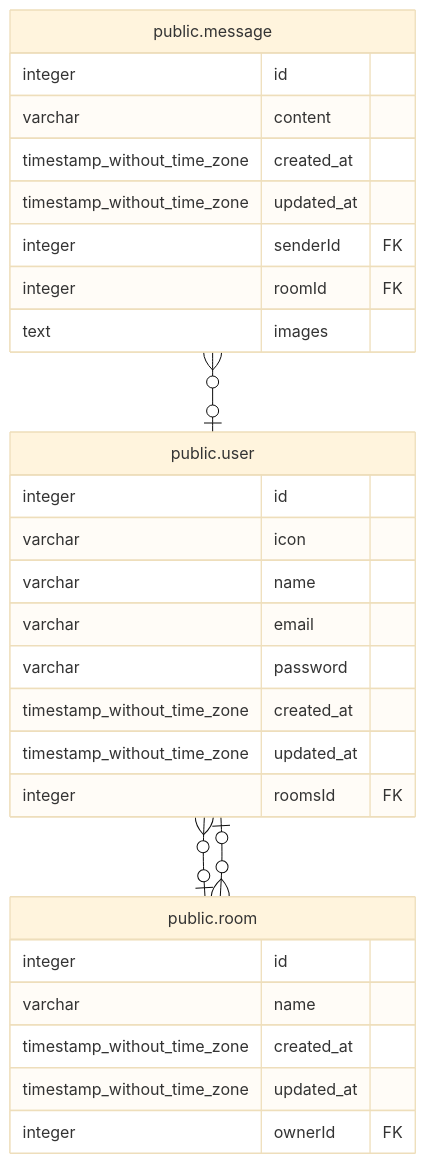
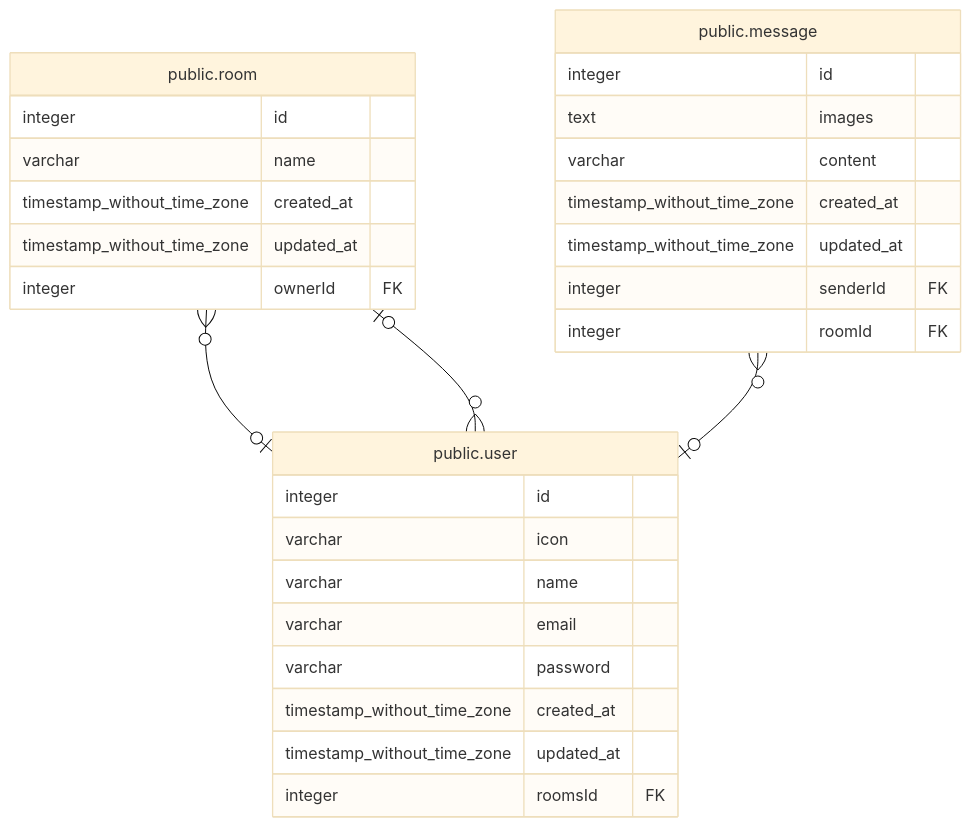
The diagram in docs/dbschema/public.user.md (yumekiti-archive/chat), drawn with Mermaid (base theme) before and after one commit. The commit also changed other lines of this file and 6 other files, not shown here.

````diff
--- a/docs/dbschema/public.user.md
+++ b/docs/dbschema/public.user.md
@@ -35,34 +35,34 @@
 ```mermaid
 erDiagram
 
+"public.room" }o--o| "public.user" : ""
 "public.message" }o--o| "public.user" : ""
-"public.room" }o--o| "public.user" : ""
 "public.user" }o--o| "public.room" : ""
 
 "public.user" {
   integer id
   varchar icon
   varchar name
   varchar email
   varchar password
   timestamp_without_time_zone created_at
   timestamp_without_time_zone updated_at
   integer roomsId FK
 }
-"public.message" {
-  integer id
-  varchar content
-  timestamp_without_time_zone created_at
-  timestamp_without_time_zone updated_at
-  integer senderId FK
-  integer roomId FK
-  text images
-}
 "public.room" {
   integer id
   varchar name
   timestamp_without_time_zone created_at
   timestamp_without_time_zone updated_at
   integer ownerId FK
 }
+"public.message" {
+  integer id
+  text images
+  varchar content
+  timestamp_without_time_zone created_at
+  timestamp_without_time_zone updated_at
+  integer senderId FK
+  integer roomId FK
+}
 ```
````
